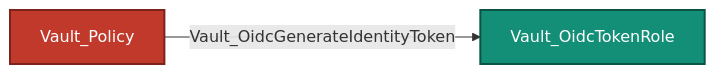
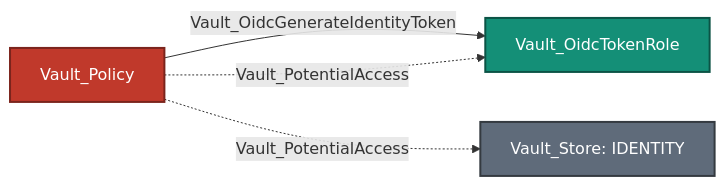
Before and after one commit to bytewreck/opengraph-vault: the seventh of 12 diagrams in Documentation/stores/IDENTITY.md, drawn with Mermaid. The commit also changed other lines of this file and 6 other files, not shown here.

````diff
--- a/Documentation/stores/IDENTITY.md
+++ b/Documentation/stores/IDENTITY.md
@@ -408,7 +422,10 @@
 ```mermaid
 flowchart LR
     policy[Vault_Policy]:::policyNode -->|Vault_OidcGenerateIdentityToken| role[Vault_OidcTokenRole]:::oidcTokenRoleNode
+    policy -.->|Vault_PotentialAccess| role
+    policy -.->|Vault_PotentialAccess| store[Vault_Store: IDENTITY]:::storeNode
 
     classDef policyNode fill:#C0392B,color:#fff,stroke:#7B241C,stroke-width:2px
     classDef oidcTokenRoleNode fill:#148F77,color:#fff,stroke:#0B5345,stroke-width:2px
+    classDef storeNode fill:#5F6B7A,color:#fff,stroke:#343A40,stroke-width:2px
 ```
````
